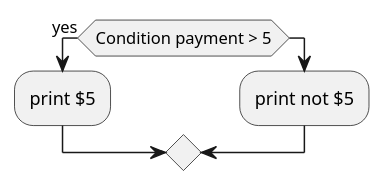
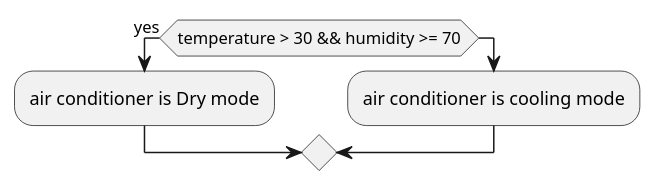
The diagram in python/project01/diagrams/activity_diagram.puml (boxdate/TestcaseGen), drawn with PlantUML before and after one commit. The commit also changed 2 other files, not shown here.

```diff
--- a/python/project01/diagrams/activity_diagram.puml
+++ b/python/project01/diagrams/activity_diagram.puml
@@ -3,7 +3,7 @@
 @startuml
-if (Condition payment > 5) then (yes)
-' Condition payment > 5
-:print $5;
+if (temperature > 30 && humidity >= 70) then (yes)
+' temperature > 30 && humidity >= 60
+    :air conditioner is Dry mode;
 else 
-:print not $5;
+    :air conditioner is cooling mode;
 @enduml
```
